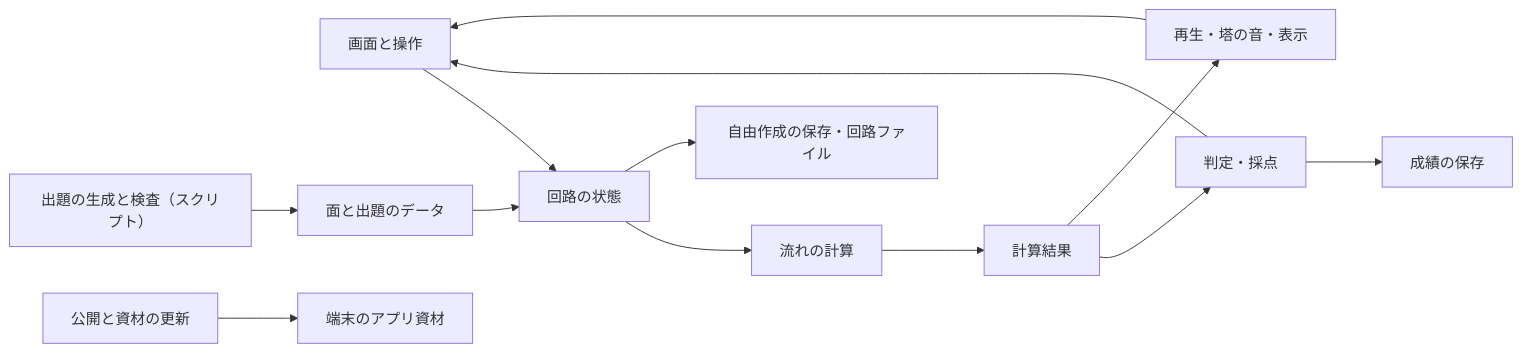
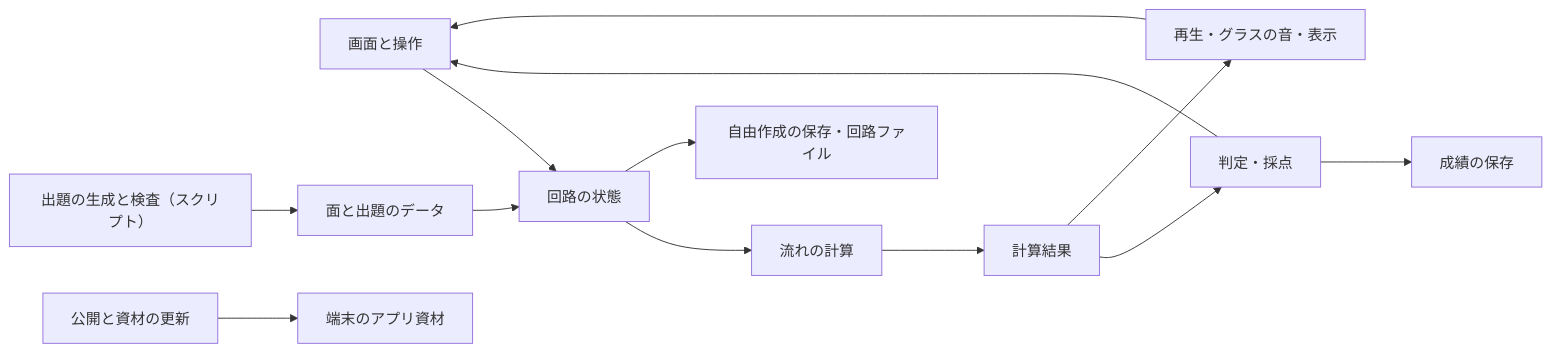
One commit to gerupon-lgtm/aqua changed the diagram in 基本設計サマリ.md. Above: the diagram before and after it, drawn with Mermaid. The commit also changed other lines of this file and 21 other files, not shown here.

````diff
--- a/基本設計サマリ.md
+++ b/基本設計サマリ.md
@@ -19,15 +19,15 @@
 ```mermaid
 flowchart LR
   U[画面と操作] --> W[回路の状態]
   W --> L[流れの計算]
   L --> R[計算結果]
   R --> J[判定・採点]
-  R --> V[再生・塔の音・表示]
+  R --> V[再生・グラスの音・表示]
   J --> U
   V --> U
   G[出題の生成と検査（スクリプト）] --> C[面と出題のデータ]
   C --> W
   J --> S[成績の保存]
   W --> F[自由作成の保存・回路ファイル]
   P[公開と資材の更新] --> A[端末のアプリ資材]
 ```
````
